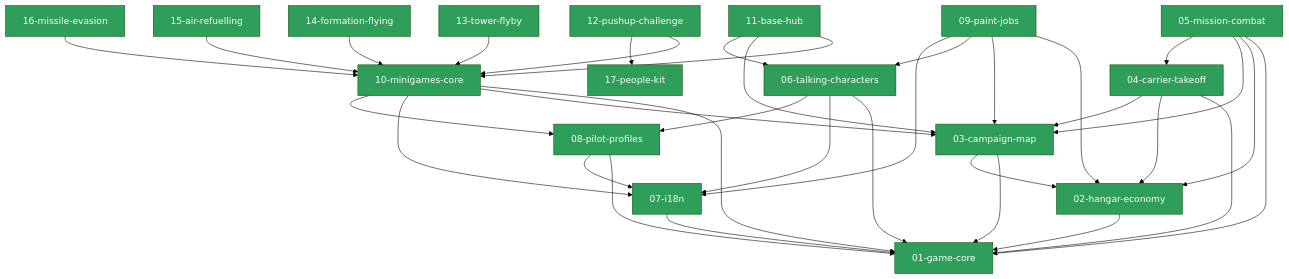
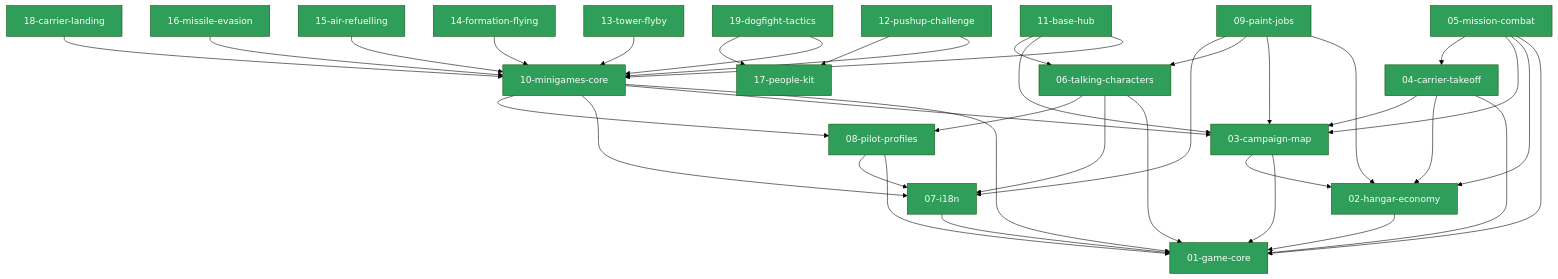
Before and after one commit to JanderHungrige/TopRun: the diagram in .mdd/connections.md, drawn with Mermaid (forest theme). The commit also changed other lines of this file and 43 other files, not shown here.

First line of the commit message:
feat(minigames): wave 3 — Carrier Landing (cockpit, night) and Dogfight Tactics

````diff
--- a/.mdd/connections.md
+++ b/.mdd/connections.md
@@ -38,57 +40,62 @@
 ```mermaid
 graph TD
   core[01-game-core]:::complete
   hangar[02-hangar-economy]:::complete
   map[03-campaign-map]:::complete
   takeoff[04-carrier-takeoff]:::complete
   mission[05-mission-combat]:::complete
   chars[06-talking-characters]:::complete
   i18n[07-i18n]:::complete
   pilots[08-pilot-profiles]:::complete
   paint[09-paint-jobs]:::complete
   mgcore[10-minigames-core]:::complete
   hub[11-base-hub]:::complete
   pushups[12-pushup-challenge]:::complete
   flyby[13-tower-flyby]:::complete
   formation[14-formation-flying]:::complete
   refuel[15-air-refuelling]:::complete
   evasion[16-missile-evasion]:::complete
   people[17-people-kit]:::complete
+  landing[18-carrier-landing]:::complete
+  tactics[19-dogfight-tactics]:::complete
   hangar --> core
   map --> core
   map --> hangar
   takeoff --> core
   takeoff --> hangar
   takeoff --> map
   mission --> core
   mission --> hangar
   mission --> map
   mission --> takeoff
   chars --> core
   chars --> i18n
   chars --> pilots
   i18n --> core
   pilots --> core
   pilots --> i18n
   paint --> hangar
   paint --> map
   paint --> chars
   paint --> i18n
   mgcore --> core
   mgcore --> map
   mgcore --> i18n
   mgcore --> pilots
   hub --> mgcore
   hub --> map
   hub --> chars
   pushups --> mgcore
   flyby --> mgcore
   formation --> mgcore
   refuel --> mgcore
   evasion --> mgcore
   pushups --> people
+  landing --> mgcore
+  tactics --> mgcore
+  tactics --> people
   classDef complete fill:#2f9e5a,color:#fff
   classDef in_progress fill:#d39b1f,color:#000
   classDef draft fill:#5c6f82,color:#fff
   classDef deprecated fill:#333,color:#aaa
 ```
````
